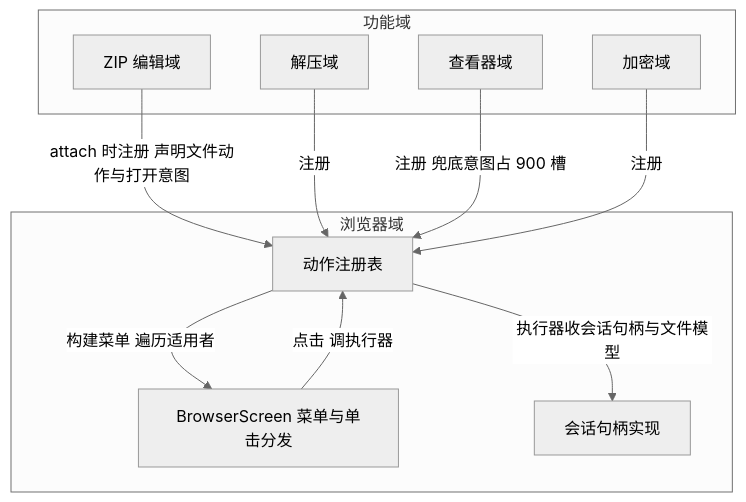
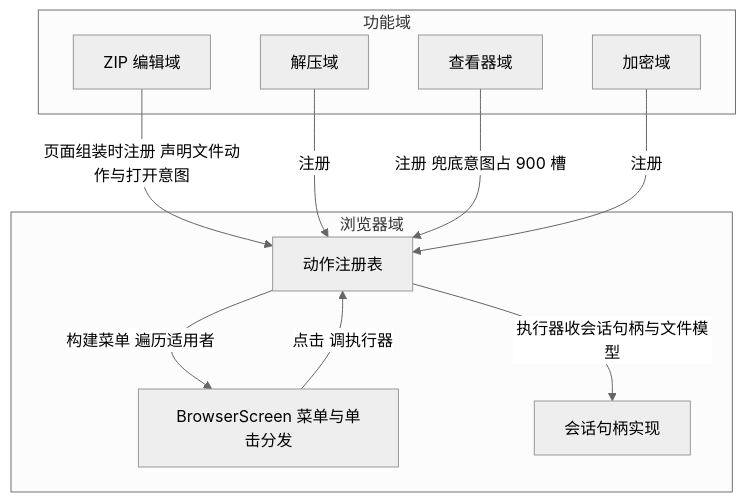
Before and after one commit to Kenneth-Lee/Platalea: the diagram in docs/文件浏览功能拆解设计.md, drawn with Mermaid (neutral theme). The commit also changed other lines of this file and 18 other files, not shown here.

Commit message:
文件浏览拆解第二批：打开意图全量迁入声明制，遗留单击分发收缩到图库与兜底

````diff
--- a/docs/文件浏览功能拆解设计.md
+++ b/docs/文件浏览功能拆解设计.md
@@ -39,21 +39,21 @@
 ```mermaid
 graph TD
     subgraph 功能域
         Z["ZIP 编辑域"]
         A["解压域"]
         V["查看器域"]
         C["加密域"]
     end
     subgraph 浏览器域
         R["动作注册表"]
         B["BrowserScreen 菜单与单击分发"]
         S["会话句柄实现"]
     end
-    Z -->|"attach 时注册 声明文件动作与打开意图"| R
+    Z -->|"页面组装时注册 声明文件动作与打开意图"| R
     A -->|"注册"| R
     V -->|"注册 兜底意图占 900 槽"| R
     C -->|"注册"| R
     R -->|"构建菜单 遍历适用者"| B
     B -->|"点击 调执行器"| R
     R -->|"执行器收会话句柄与文件模型"| S
 ```
````
